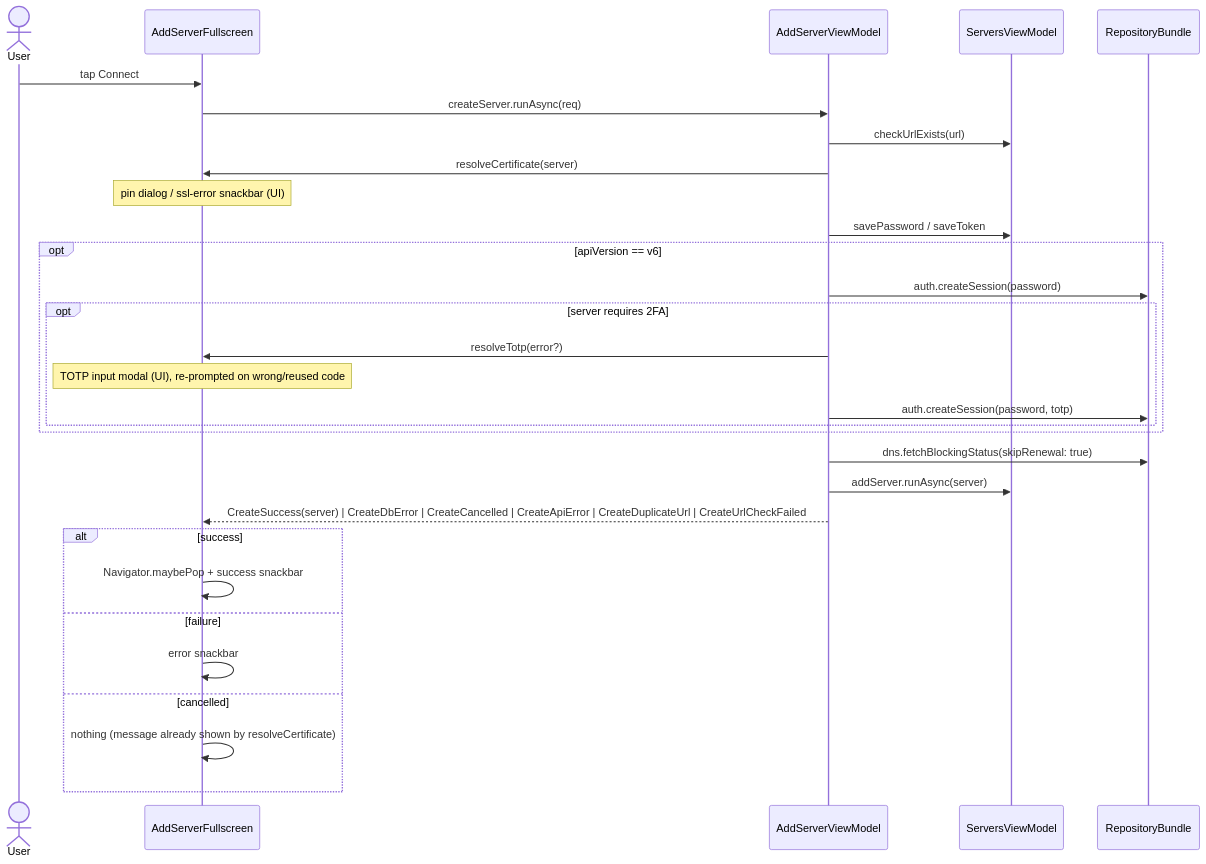
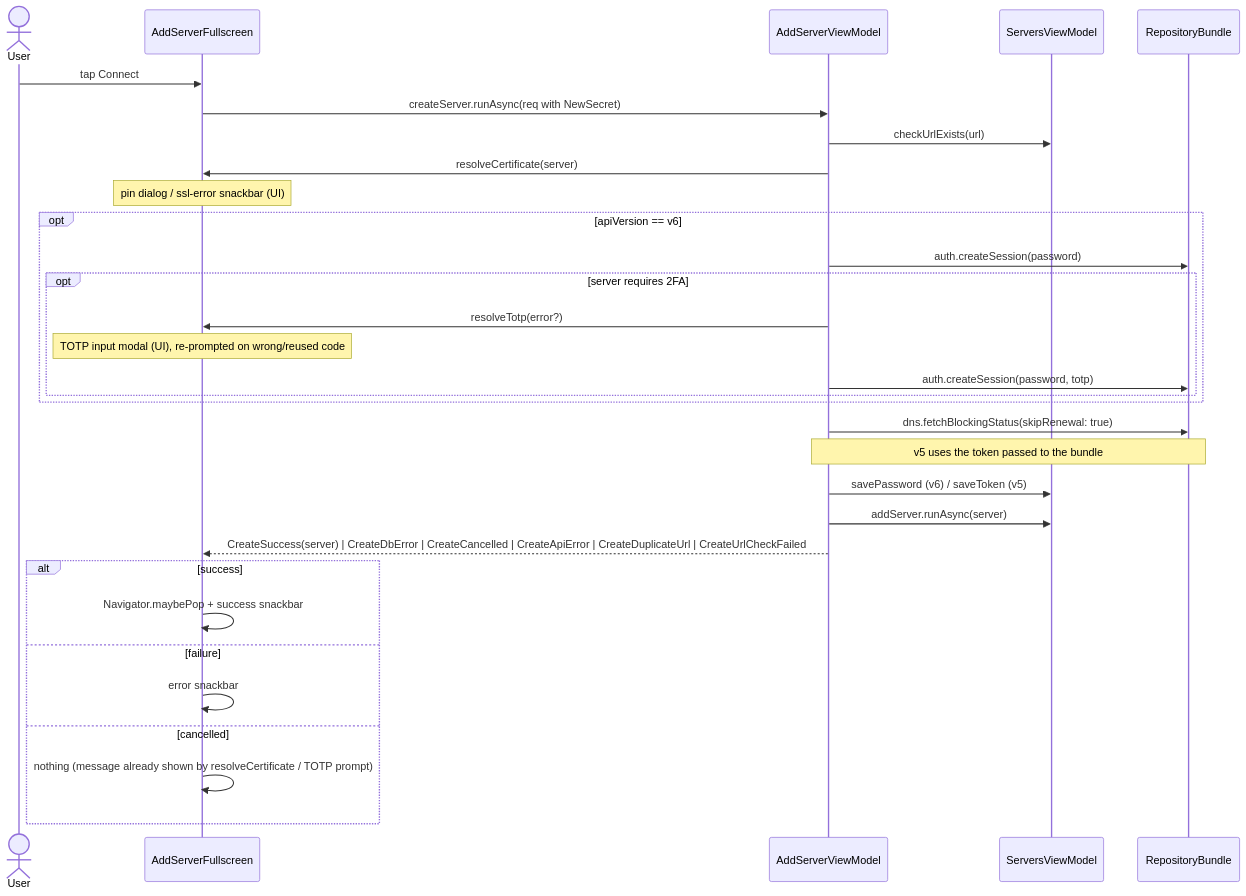
One commit to tsutsu3/pi-hole-client changed the seventh of 8 diagrams in docs/server-connection-flow.md. Above: the diagram before and after it, drawn with Mermaid. The commit also changed other lines of this file and 23 other files, not shown here.

````diff
--- a/docs/server-connection-flow.md
+++ b/docs/server-connection-flow.md
@@ -195,33 +249,34 @@
 ```mermaid
 sequenceDiagram
   actor U as User
   participant W as AddServerFullscreen
   participant VM as AddServerViewModel
   participant SV as ServersViewModel
   participant B as RepositoryBundle
 
   U->>W: tap Connect
-  W->>VM: createServer.runAsync(req)
+  W->>VM: createServer.runAsync(req with NewSecret)
   VM->>SV: checkUrlExists(url)
   VM->>W: resolveCertificate(server)
   Note over W: pin dialog / ssl-error snackbar (UI)
-  VM->>SV: savePassword / saveToken
   opt apiVersion == v6
     VM->>B: auth.createSession(password)
     opt server requires 2FA
       VM->>W: resolveTotp(error?)
       Note over W: TOTP input modal (UI), re-prompted on wrong/reused code
       VM->>B: auth.createSession(password, totp)
     end
   end
   VM->>B: dns.fetchBlockingStatus(skipRenewal: true)
+  Note over VM,B: v5 uses the token passed to the bundle
+  VM->>SV: savePassword (v6) / saveToken (v5)
   VM->>SV: addServer.runAsync(server)
   VM-->>W: CreateSuccess(server) | CreateDbError | CreateCancelled | CreateApiError | CreateDuplicateUrl | CreateUrlCheckFailed
   alt success
     W->>W: Navigator.maybePop + success snackbar
   else failure
     W->>W: error snackbar
   else cancelled
-    W->>W: nothing (message already shown by resolveCertificate)
+    W->>W: nothing (message already shown by resolveCertificate / TOTP prompt)
   end
 ```
````
